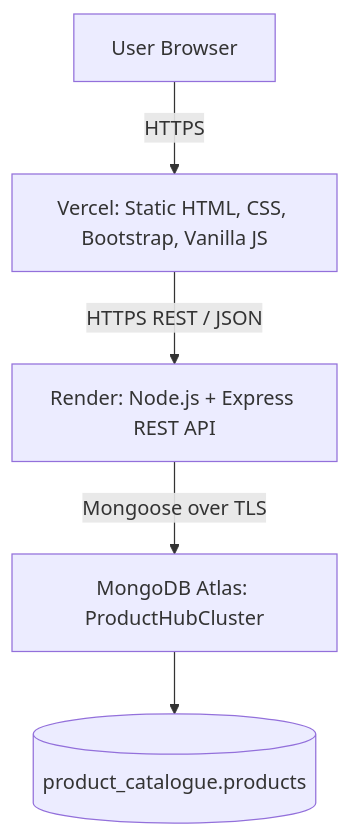
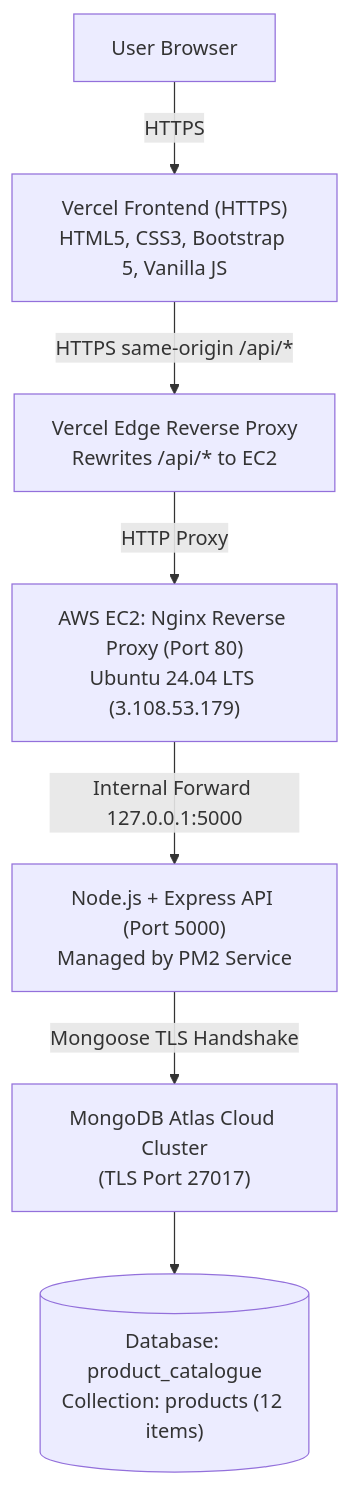
One commit to gaganv07/product-hub changed the diagram in backend/docs/architecture.md. Above: the diagram before and after it, drawn with Mermaid. The commit also changed other lines of this file and 6 other files, not shown here.

Commit message:
docs: update architecture, deployment guide, report and config for EC2 backend

````diff
--- a/backend/docs/architecture.md
+++ b/backend/docs/architecture.md
@@ -7,12 +7,17 @@
 ```mermaid
 flowchart TD
     U[User Browser]
-    F[Vercel: Static HTML, CSS, Bootstrap, Vanilla JS]
-    B[Render: Node.js + Express REST API]
-    M[MongoDB Atlas: ProductHubCluster]
-    C[(product_catalogue.products)]
+    F["Vercel Frontend (HTTPS)<br/>HTML5, CSS3, Bootstrap 5, Vanilla JS"]
+    R["Vercel Edge Reverse Proxy<br/>Rewrites /api/* to EC2"]
+    N["AWS EC2: Nginx Reverse Proxy (Port 80)<br/>Ubuntu 24.04 LTS (3.108.53.179)"]
+    P["Node.js + Express API (Port 5000)<br/>Managed by PM2 Service"]
+    M["MongoDB Atlas Cloud Cluster<br/>(TLS Port 27017)"]
+    D[("Database: product_catalogue<br/>Collection: products (12 items)")]
+
     U -->|HTTPS| F
-    F -->|HTTPS REST / JSON| B
-    B -->|Mongoose over TLS| M
-    M --> C
+    F -->|HTTPS same-origin /api/*| R
+    R -->|HTTP Proxy| N
+    N -->|Internal Forward 127.0.0.1:5000| P
+    P -->|Mongoose TLS Handshake| M
+    M --> D
 ```
````
